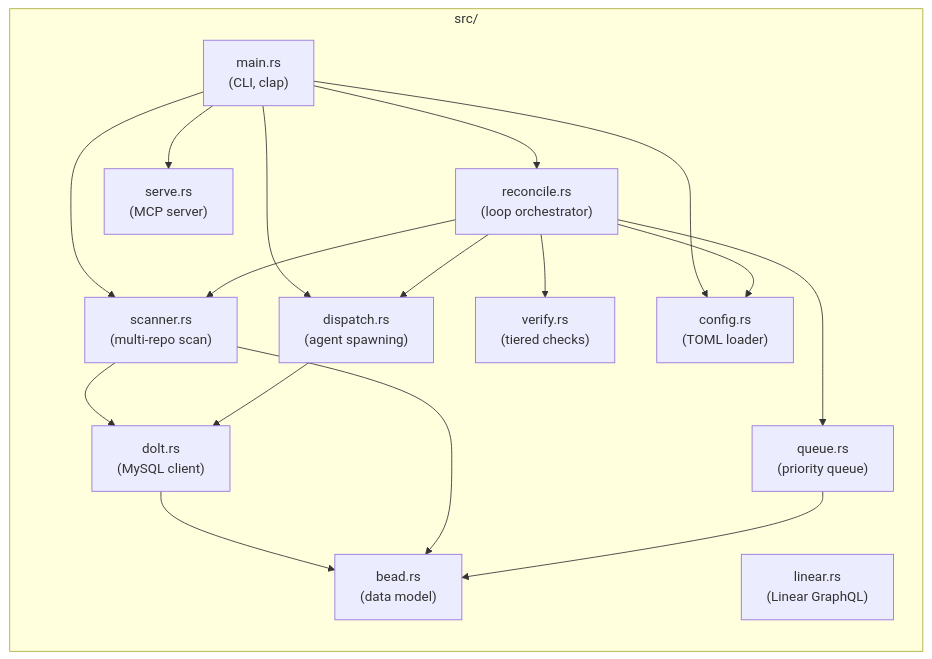
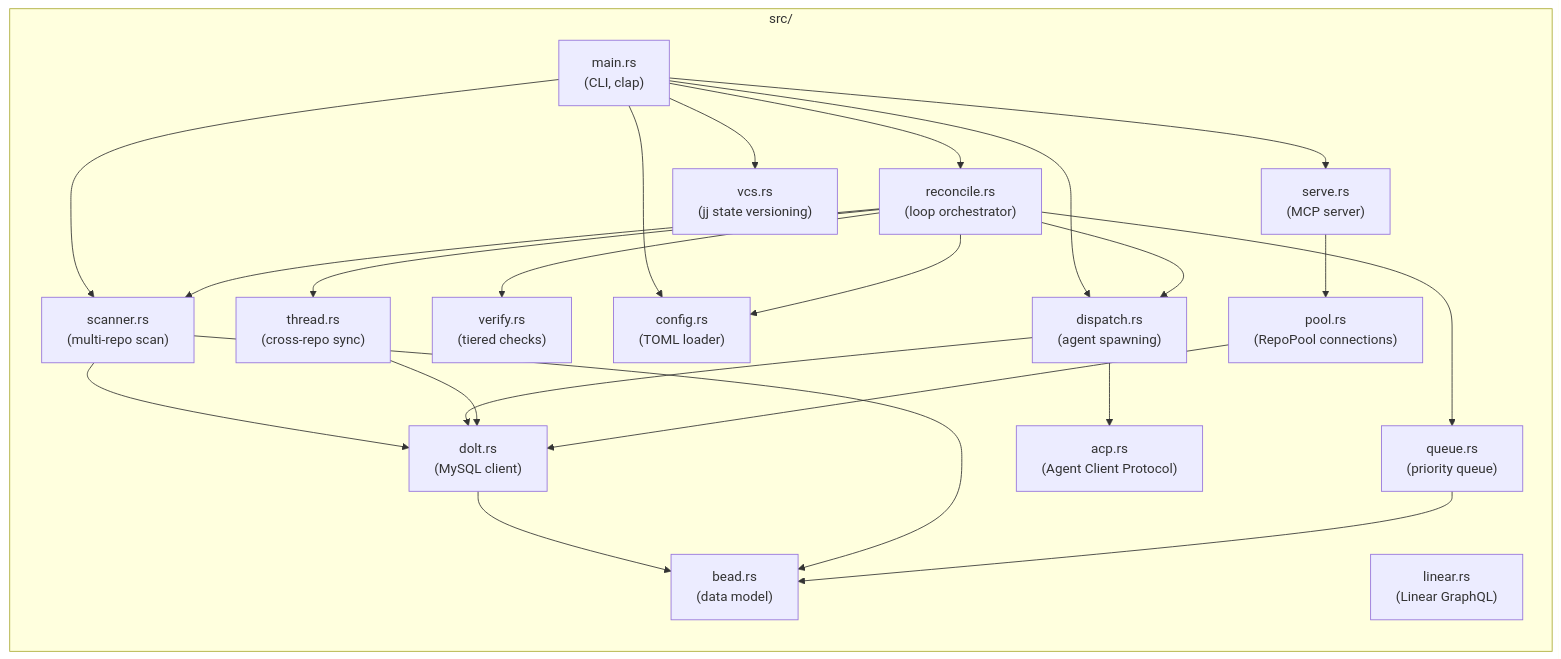
One commit to agentic-research/rosary changed the fourth of 7 diagrams in docs/ARCHITECTURE.md. Above: the diagram before and after it, drawn with Mermaid. The commit also changed other lines of this file and 2 other files, not shown here.

First line of the commit message:
docs: sync docs with current codebase — add missing modules + features

````diff
--- a/docs/ARCHITECTURE.md
+++ b/docs/ARCHITECTURE.md
@@ -86,35 +86,45 @@
 ```mermaid
 graph LR
     subgraph "src/"
         main["main.rs<br/>(CLI, clap)"]
         reconcile["reconcile.rs<br/>(loop orchestrator)"]
         scanner["scanner.rs<br/>(multi-repo scan)"]
         queue["queue.rs<br/>(priority queue)"]
         dispatch["dispatch.rs<br/>(agent spawning)"]
         verify["verify.rs<br/>(tiered checks)"]
         dolt["dolt.rs<br/>(MySQL client)"]
         bead["bead.rs<br/>(data model)"]
         config["config.rs<br/>(TOML loader)"]
         linear["linear.rs<br/>(Linear GraphQL)"]
         serve["serve.rs<br/>(MCP server)"]
+        acp["acp.rs<br/>(Agent Client Protocol)"]
+        pool["pool.rs<br/>(RepoPool connections)"]
+        thread["thread.rs<br/>(cross-repo sync)"]
+        vcs["vcs.rs<br/>(jj state versioning)"]
     end
 
     main --> reconcile
     main --> scanner
     main --> dispatch
     main --> serve
 
     reconcile --> scanner
     reconcile --> queue
     reconcile --> dispatch
     reconcile --> verify
 
     scanner --> dolt
     dispatch --> dolt
     dolt --> bead
     scanner --> bead
     queue --> bead
 
     main --> config
     reconcile --> config
+    reconcile --> thread
+    thread --> dolt
+    serve --> pool
+    pool --> dolt
+    main --> vcs
+    dispatch --> acp
 ```
````
